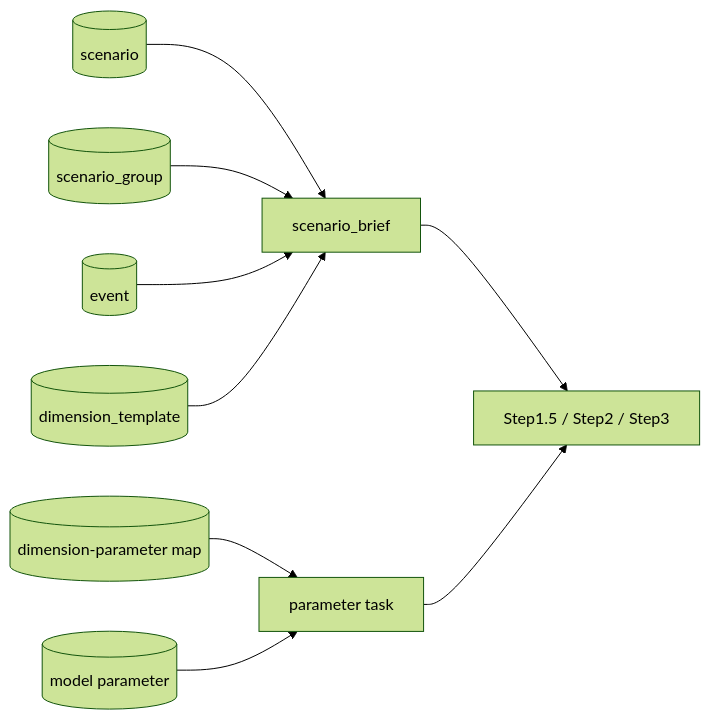
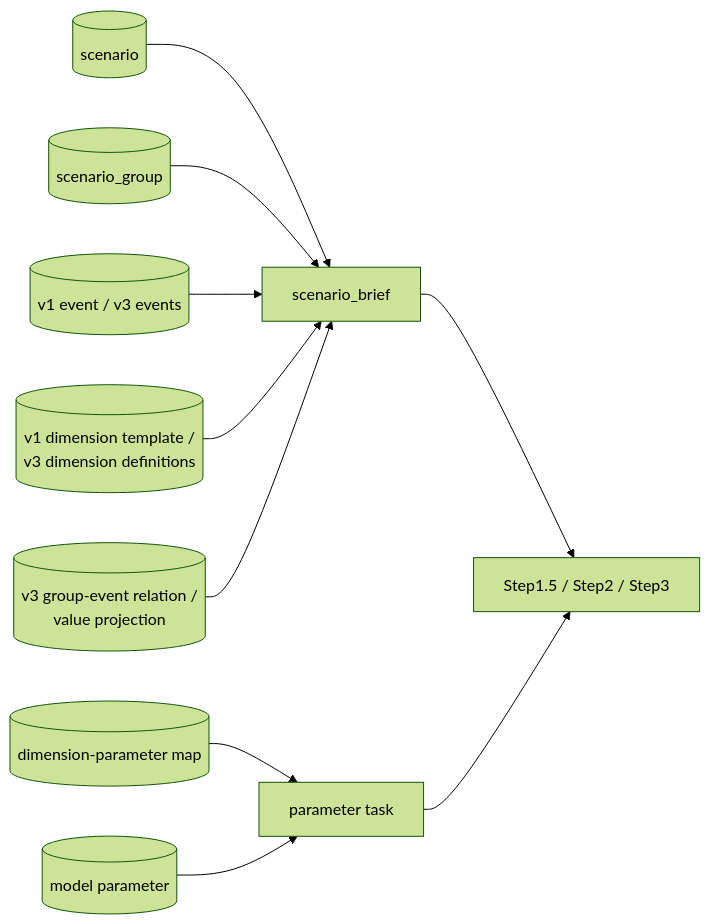
The third of 4 diagrams in apps/agents/model_parameter_agent/docs/04_MODEL_PARAMETER_AGENT_FLOW.md (enkhbaatarL/skmip-mi-agent), drawn with Mermaid (forest theme) before and after one commit. The commit also changed other lines of this file and 34 other files, not shown here.

````diff
--- a/apps/agents/model_parameter_agent/docs/04_MODEL_PARAMETER_AGENT_FLOW.md
+++ b/apps/agents/model_parameter_agent/docs/04_MODEL_PARAMETER_AGENT_FLOW.md
@@ -503,11 +550,12 @@
 ```mermaid
 flowchart LR
     A[(scenario)] --> G[scenario_brief]
     B[(scenario_group)] --> G
-    C[(event)] --> G
-    D[(dimension_template)] --> G
+    C[(v1 event / v3 events)] --> G
+    D[(v1 dimension template /\nv3 dimension definitions)] --> G
+    R[(v3 group-event relation /\nvalue projection)] --> G
     E[(dimension-parameter map)] --> H[parameter task]
     F[(model parameter)] --> H
     G --> I[Step1.5 / Step2 / Step3]
     H --> I
 ```
````
